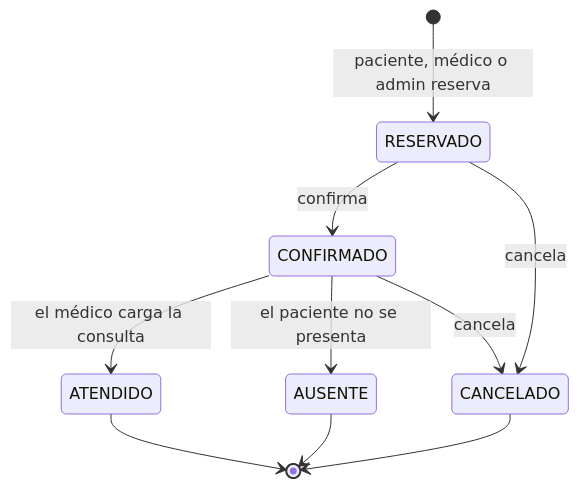
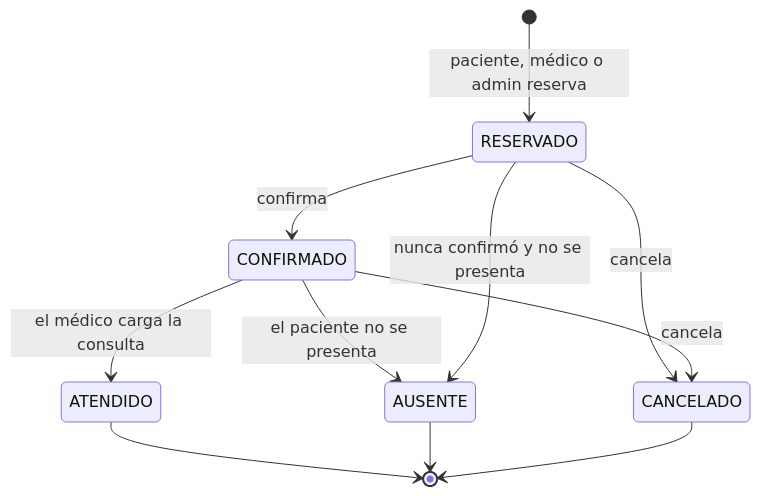
One commit to GermanGiorgis/clinica-a-tu-salud changed the second of 2 diagrams in docs/modelo-datos.md. Above: the diagram before and after it, drawn with Mermaid. The commit also changed other lines of this file and 1 other file, not shown here.

````diff
--- a/docs/modelo-datos.md
+++ b/docs/modelo-datos.md
@@ -256,12 +273,13 @@
 ```mermaid
 stateDiagram-v2
     [*] --> RESERVADO : paciente, médico o admin reserva
     RESERVADO --> CONFIRMADO : confirma
     RESERVADO --> CANCELADO : cancela
     CONFIRMADO --> ATENDIDO : el médico carga la consulta
     CONFIRMADO --> AUSENTE : el paciente no se presenta
+    RESERVADO --> AUSENTE : nunca confirmó y no se presenta
     CONFIRMADO --> CANCELADO : cancela
     ATENDIDO --> [*]
     AUSENTE --> [*]
     CANCELADO --> [*]
 ```
````
